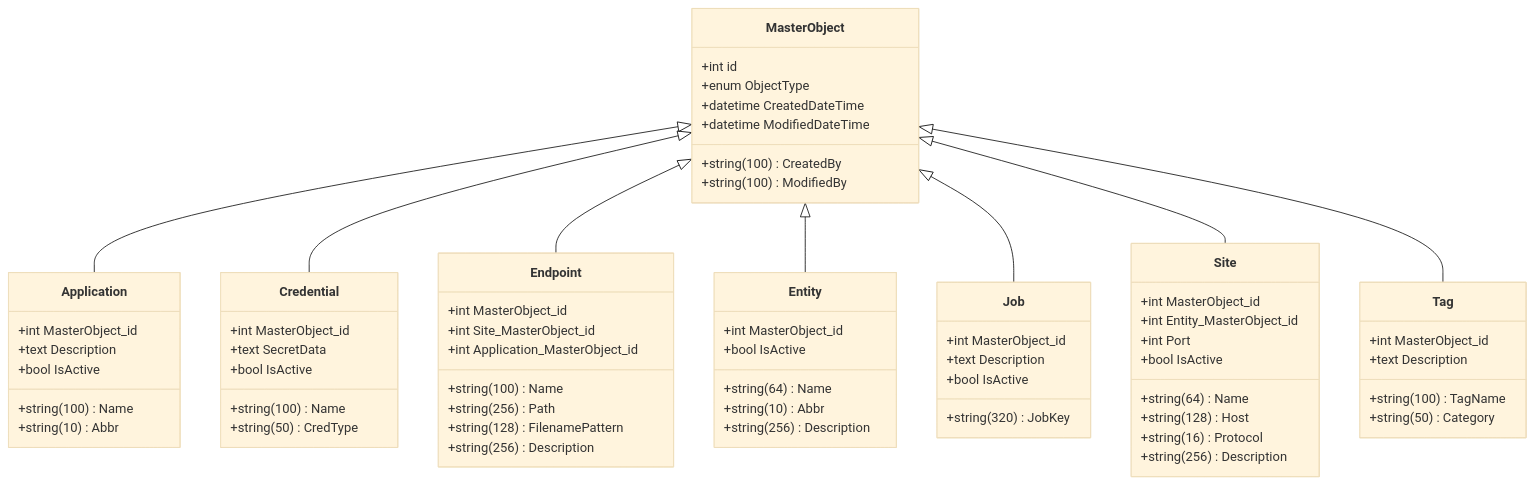
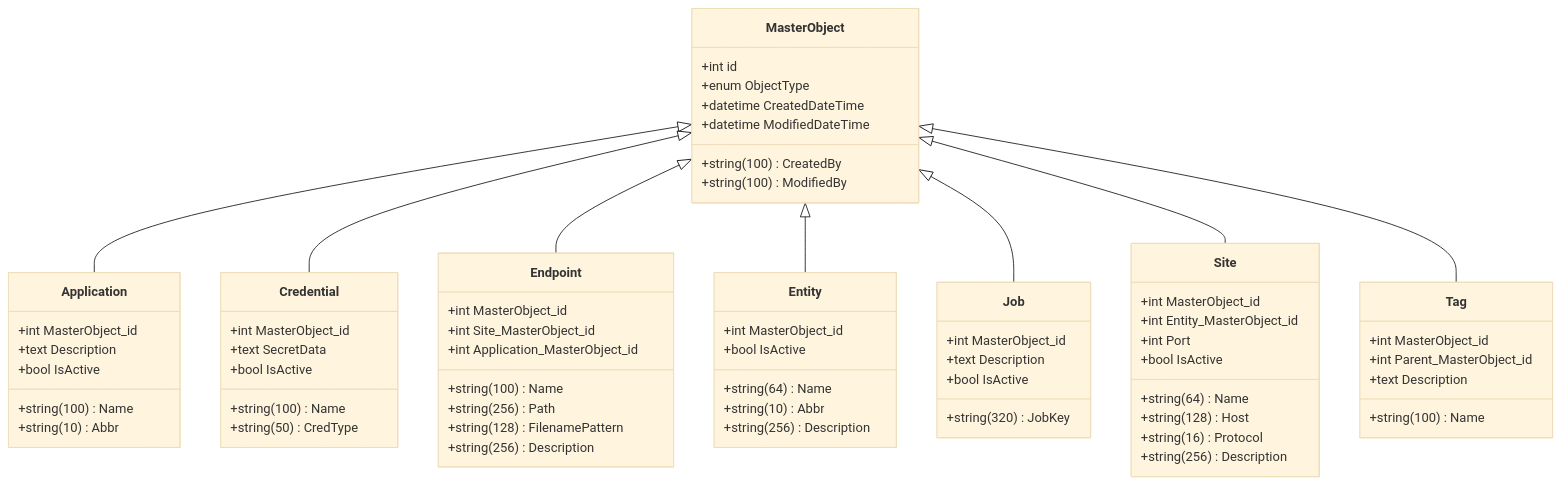
One commit to JayCBoal/AutomationApp changed the first of 3 diagrams in docs/PYTHON_MODEL.md. Above: the diagram before and after it, drawn with Mermaid (base theme). The commit also changed other lines of this file and 43 other files, not shown here.

````diff
--- a/docs/PYTHON_MODEL.md
+++ b/docs/PYTHON_MODEL.md
@@ -11,71 +11,71 @@
 ```mermaid
 classDiagram
     direction TB
     class MasterObject {
         +int id
         +enum ObjectType
         +datetime CreatedDateTime
         +string(100) CreatedBy
         +datetime ModifiedDateTime
         +string(100) ModifiedBy
     }
     class Application {
         +int MasterObject_id
         +string(100) Name
         +string(10) Abbr
         +text Description
         +bool IsActive
     }
     MasterObject <|-- Application
     class Credential {
         +int MasterObject_id
         +string(100) Name
         +string(50) CredType
         +text SecretData
         +bool IsActive
     }
     MasterObject <|-- Credential
     class Endpoint {
         +int MasterObject_id
         +string(100) Name
         +int Site_MasterObject_id
         +int Application_MasterObject_id
         +string(256) Path
         +string(128) FilenamePattern
         +string(256) Description
     }
     MasterObject <|-- Endpoint
     class Entity {
         +int MasterObject_id
         +string(64) Name
         +string(10) Abbr
         +string(256) Description
         +bool IsActive
     }
     MasterObject <|-- Entity
     class Job {
         +int MasterObject_id
         +string(320) JobKey
         +text Description
         +bool IsActive
     }
     MasterObject <|-- Job
     class Site {
         +int MasterObject_id
         +int Entity_MasterObject_id
         +string(64) Name
         +string(128) Host
         +int Port
         +string(16) Protocol
         +string(256) Description
         +bool IsActive
     }
     MasterObject <|-- Site
     class Tag {
         +int MasterObject_id
-        +string(100) TagName
-        +string(50) Category
+        +int Parent_MasterObject_id
+        +string(100) Name
         +text Description
     }
     MasterObject <|-- Tag
 ```
````
